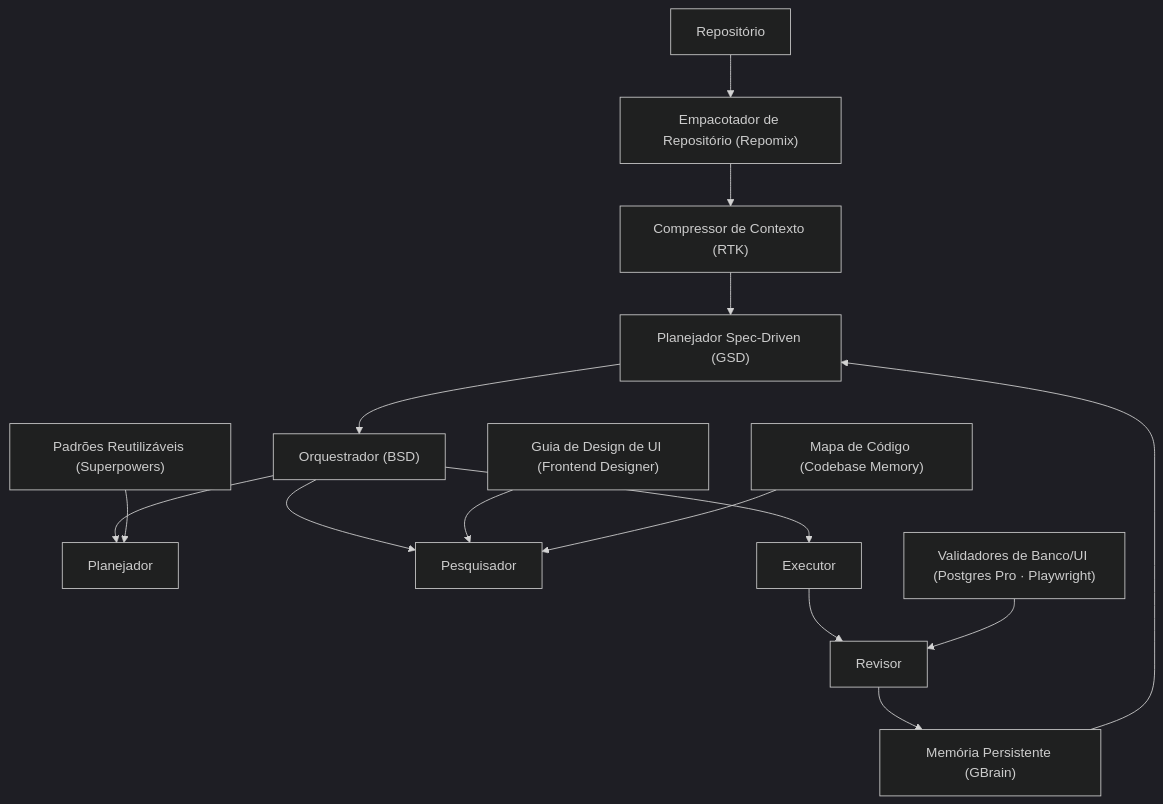
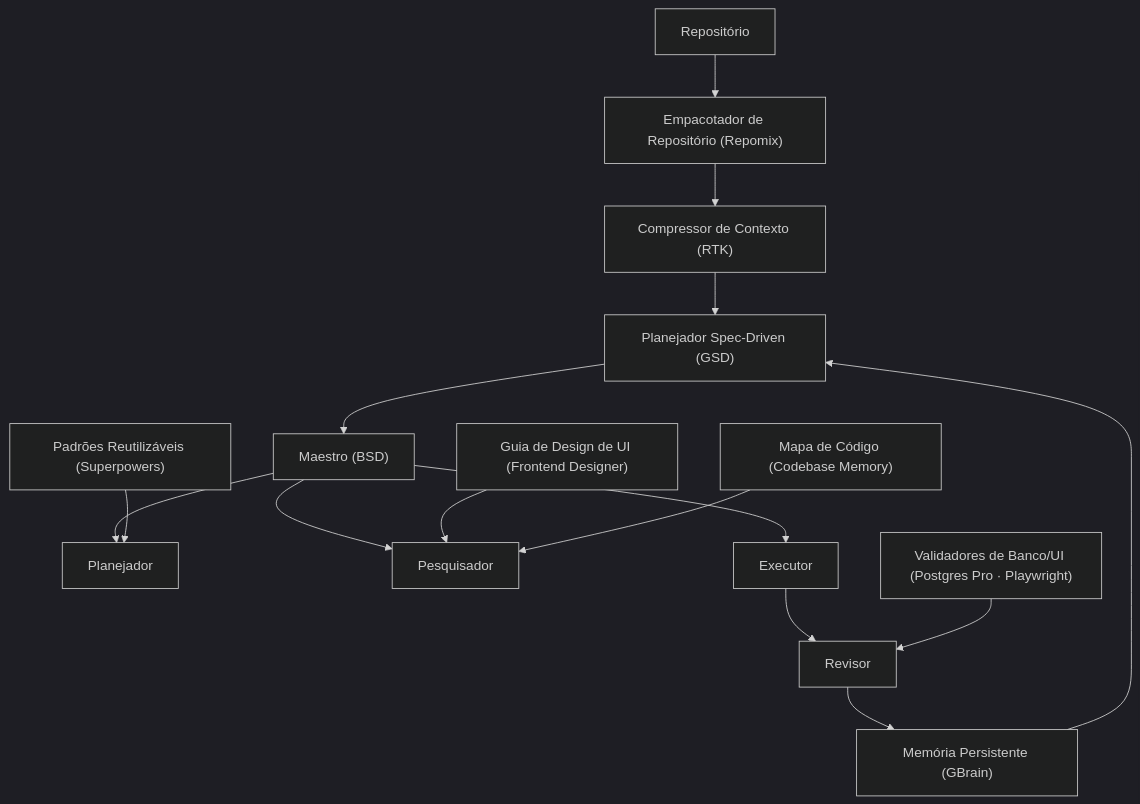
The diagram in README.md (Joao-Pedro-AI-Visionary/vjp-harness), drawn with Mermaid (dark theme) before and after one commit. The commit also changed other lines of this file and 7 other files, not shown here.

First line of the commit message:
v1.9.1: orquestrador renomeado para 'Maestro' (escolha do usuário)

````diff
--- a/README.md
+++ b/README.md
@@ -18,17 +18,17 @@
 ```mermaid
 flowchart TD
     Repo["Repositório"] --> Empac["Empacotador de Repositório (Repomix)"]
     Empac --> Compr["Compressor de Contexto (RTK)"]
     Compr --> Plan["Planejador Spec-Driven (GSD)"]
     Mem["Memória Persistente (GBrain)"] --> Plan
-    Plan --> Orq["Orquestrador (BSD)"]
+    Plan --> Orq["Maestro (BSD)"]
     Orq --> Planner["Planejador"]
     Orq --> Researcher["Pesquisador"]
     Orq --> Executor["Executor"]
     Executor --> Reviewer["Revisor"]
     Reviewer --> Mem
     Skills["Padrões Reutilizáveis (Superpowers)"] --> Planner
     Design["Guia de Design de UI (Frontend Designer)"] --> Researcher
     Mapa["Mapa de Código (Codebase Memory)"] --> Researcher
     Val["Validadores de Banco/UI (Postgres Pro · Playwright)"] --> Reviewer
 ```
````
